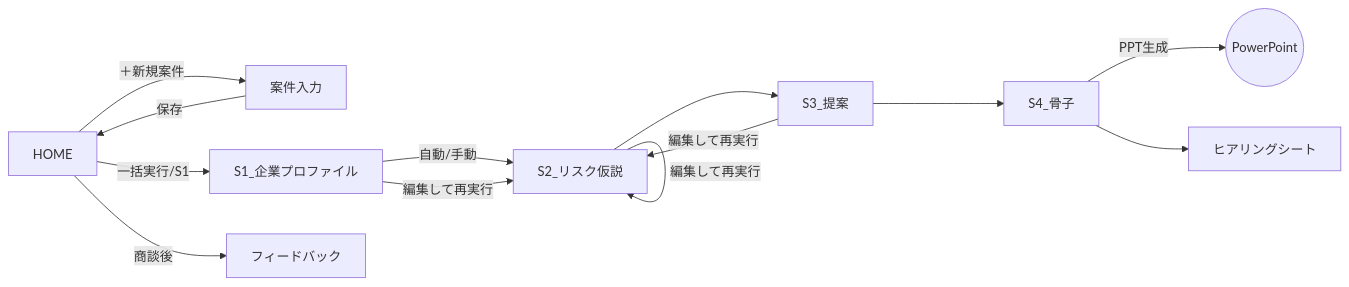
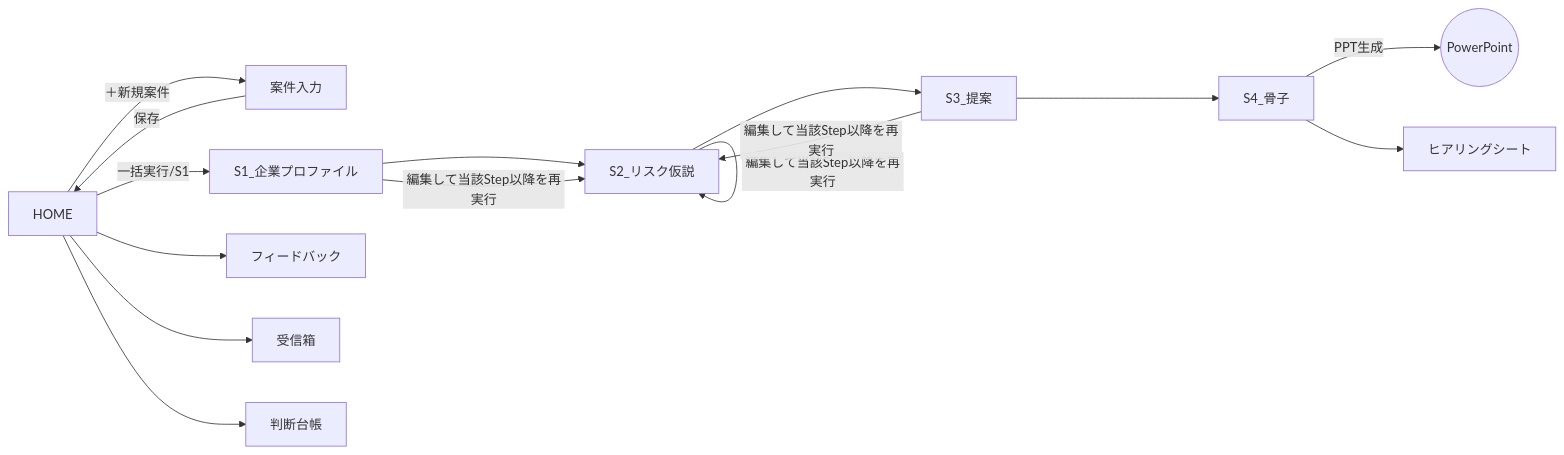
Before and after one commit to kojima1459/riskconsulting: the diagram in docs/spec/11_画面設計.md, drawn with Mermaid. The commit also changed other lines of this file and 11 other files, not shown here.

````diff
--- a/docs/spec/11_画面設計.md
+++ b/docs/spec/11_画面設計.md
@@ -96,13 +126,12 @@
 ```mermaid
 flowchart LR
     HOME -->|＋新規案件| NYU[案件入力]
     NYU -->|保存| HOME
-    HOME -->|一括実行/S1| S1[S1_企業プロファイル]
-    S1 -->|自動/手動| S2[S2_リスク仮説]
-    S2 --> S3[S3_提案]
-    S3 --> S4[S4_骨子]
+    HOME -->|一括実行/S1| S1[S1_企業プロファイル] --> S2[S2_リスク仮説] --> S3[S3_提案] --> S4[S4_骨子]
     S4 -->|PPT生成| PPT((PowerPoint))
     S4 --> HS[ヒアリングシート]
-    HOME -->|商談後| FB[フィードバック]
-    S1 & S2 & S3 -->|編集して再実行| S2
+    HOME --> FB[フィードバック]
+    HOME --> IN[受信箱]
+    HOME --> JL[判断台帳]
+    S1 & S2 & S3 -->|編集して当該Step以降を再実行| S2
 ```
````
